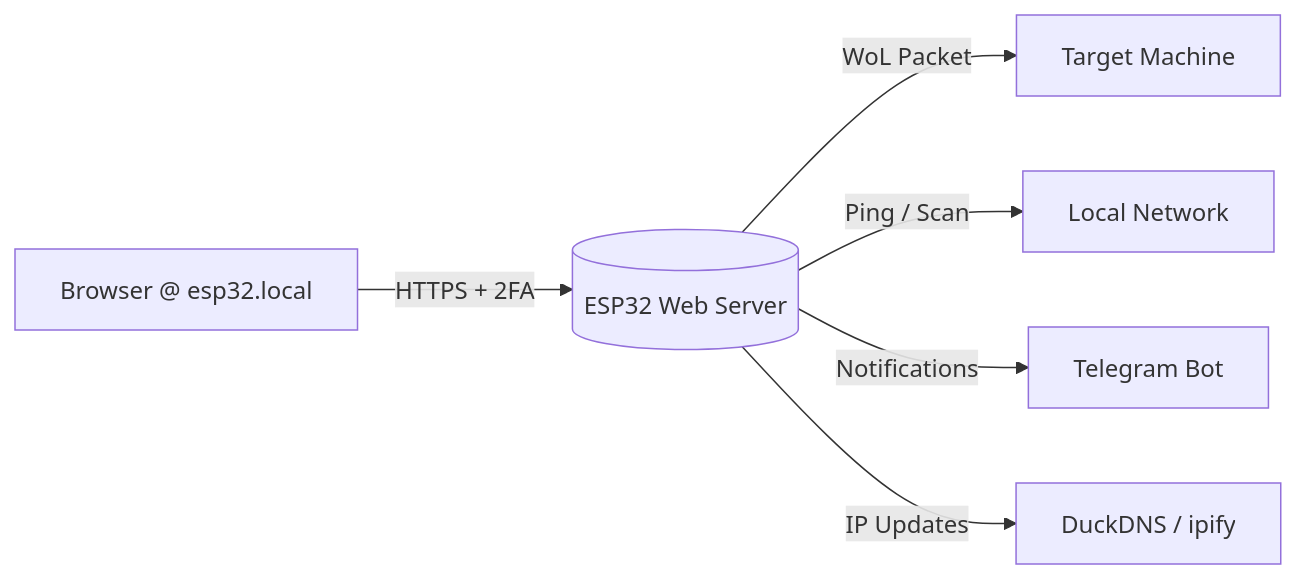
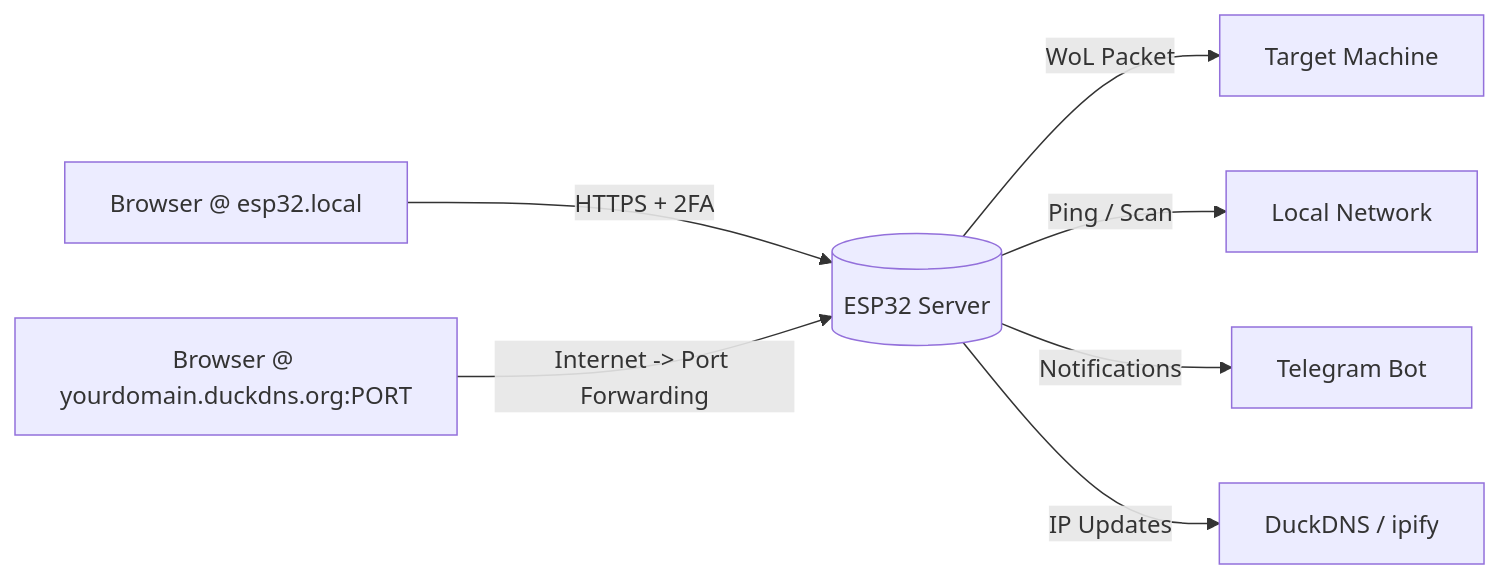
One commit to CenturySturgeon/Esp32WOL changed the diagram in README.md. Above: the diagram before and after it, drawn with Mermaid. The commit also changed other lines of this file, not shown here.

````diff
--- a/README.md
+++ b/README.md
@@ -11,8 +13,9 @@
 ```mermaid
 graph LR
-    User[Browser @ esp32.local] -->|HTTPS + 2FA| ESP32[(ESP32 Web Server)]
+    Local[Browser @ esp32.local] -->|HTTPS + 2FA| ESP32[(ESP32 Server)]
+    Remote[Browser @ yourdomain.duckdns.org:PORT] -->|Internet -> Port Forwarding| ESP32
     ESP32 -->|WoL Packet| PC[Target Machine]
     ESP32 -->|Ping / Scan| Network[Local Network]
     ESP32 -->|Notifications| Telegram[Telegram Bot]
     ESP32 -->|IP Updates| DuckDNS[DuckDNS / ipify]
 ```
````
